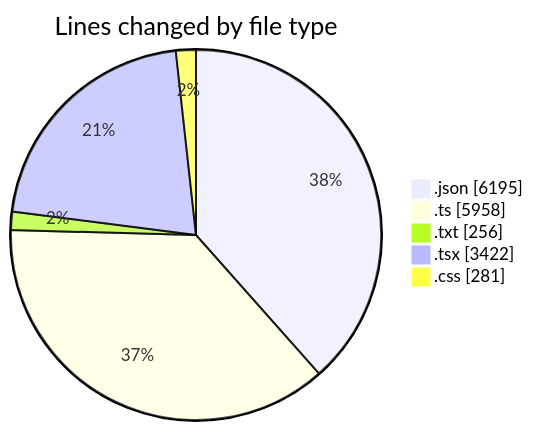
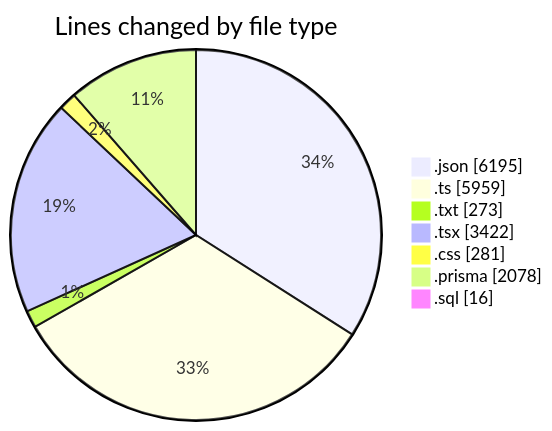
One commit to CELIANVF/code-tracking changed the first of 2 diagrams in 2025-05-27/ecodeli-1/README.md. Above: the diagram before and after it, drawn with Mermaid. The commit also changed other lines of this file and 1 other file, not shown here.

````diff
--- a/2025-05-27/ecodeli-1/README.md
+++ b/2025-05-27/ecodeli-1/README.md
@@ -42,9 +46,11 @@
 ```mermaid
 pie showData
 title Lines changed by file type
 ".json" : 6195
-".ts" : 5958
-".txt" : 256
+".ts" : 5959
+".txt" : 273
 ".tsx" : 3422
 ".css" : 281
+".prisma" : 2078
+".sql" : 16
 ```
````
